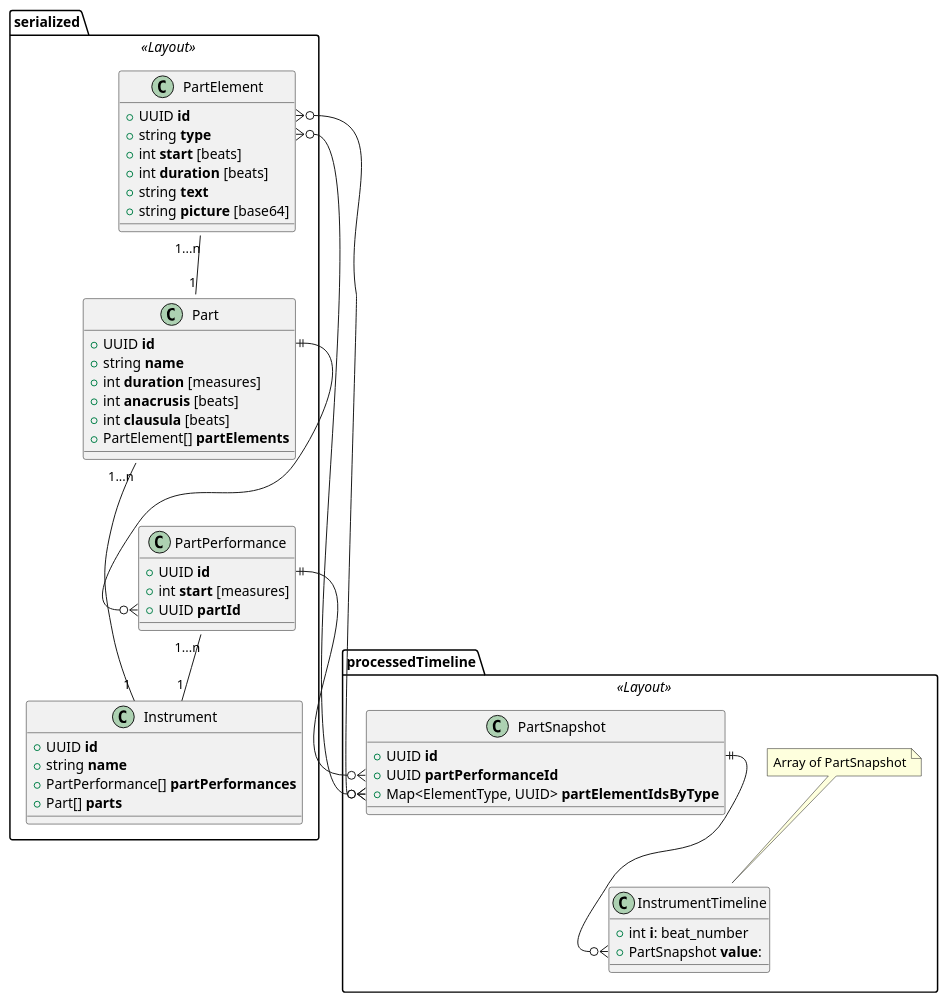
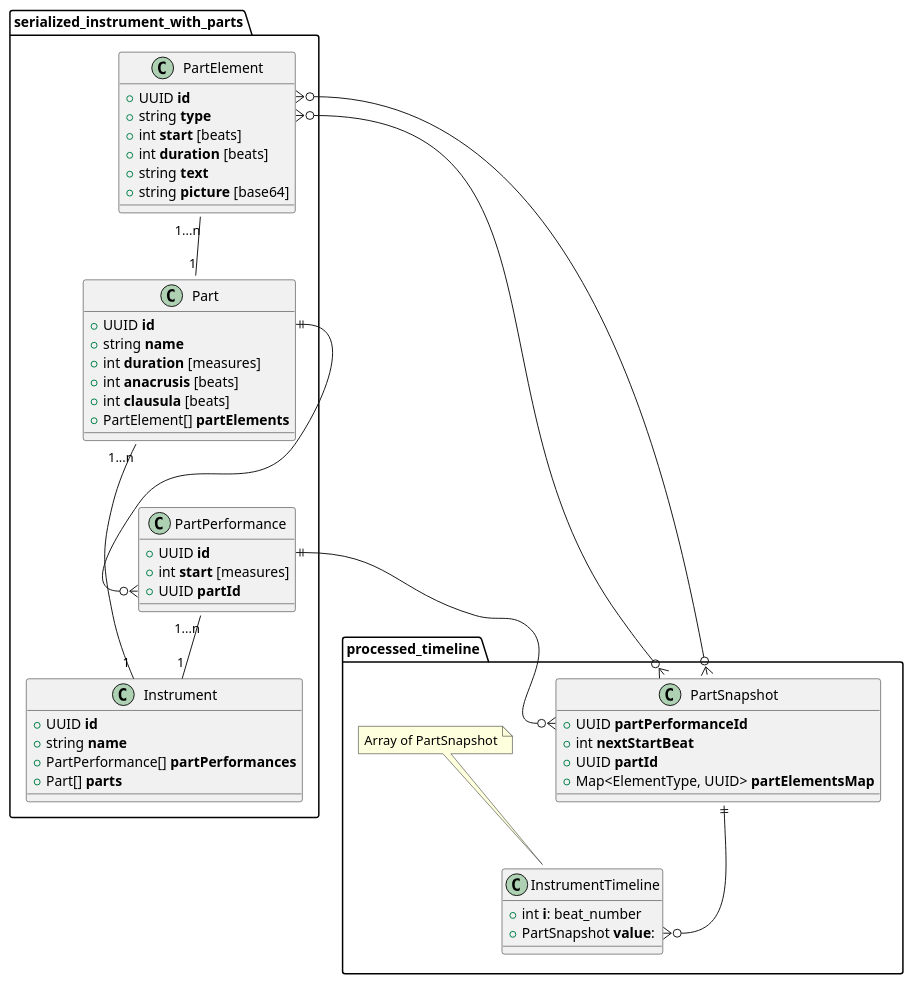
One commit to bcemehob/kapellmeister changed the diagram in doc/instrument-timeline.puml. Above: the diagram before and after it, drawn with PlantUML.

Commit message:
fix PartSnapshot model in doc

```diff
--- a/doc/instrument-timeline.puml
+++ b/doc/instrument-timeline.puml
@@ -1,63 +1,64 @@
 @startuml
 
-  package processedTimeline <<Layout>>
+  package processed_timeline
   {
     class InstrumentTimeline {
         + int <b>i</b>: beat_number
         + PartSnapshot <b>value</b>:
     }
     note top {
     Array of PartSnapshot
     }
 
     class PartSnapshot{
-        + UUID <b>id
         + UUID <b>partPerformanceId
-        + Map<ElementType, UUID> <b>partElementIdsByType
+        + int <b>nextStartBeat
+        + UUID <b>partId
+        + Map<ElementType, UUID> <b>partElementsMap
     }
   }
 
-  package serialized <<Layout>>
+  package serialized_instrument_with_parts
   {
     class Instrument {
         + UUID <b>id
         + string <b>name
         + PartPerformance[] <b>partPerformances
         + Part[] <b>parts
     }
 
     class Part {
         + UUID <b>id
         + string <b>name
         + int <b>duration</b> [measures]
         + int <b>anacrusis</b> [beats]
         + int <b>clausula</b> [beats]
         + PartElement[] <b>partElements
     }
 
     class PartPerformance {
         + UUID <b>id
         + int <b>start</b> [measures]
         + UUID <b>partId
     }
 
     class PartElement {
         + UUID <b>id
         + string <b>type
         + int <b>start</b> [beats]
         + int <b>duration</b> [beats]
         + string <b>text</b>
         + string <b>picture</b> [base64]
     }
 }
 Part "1...n" -- "1" Instrument
 PartElement "1...n" -- "1" Part
 PartPerformance "1...n" -- "1" Instrument
 'PartPerformance::partId }o---||  Part::id
 Part::id ||--o{ PartPerformance::partId
 PartSnapshot::id ||--o{ InstrumentTimeline::value
 PartElement::type }o--o{ PartSnapshot::partElementIds
 PartPerformance::id ||--o{ PartSnapshot::partPerformanceId
 PartElement::id }o--o{ PartSnapshot::partElementIds
 
 @enduml
```
